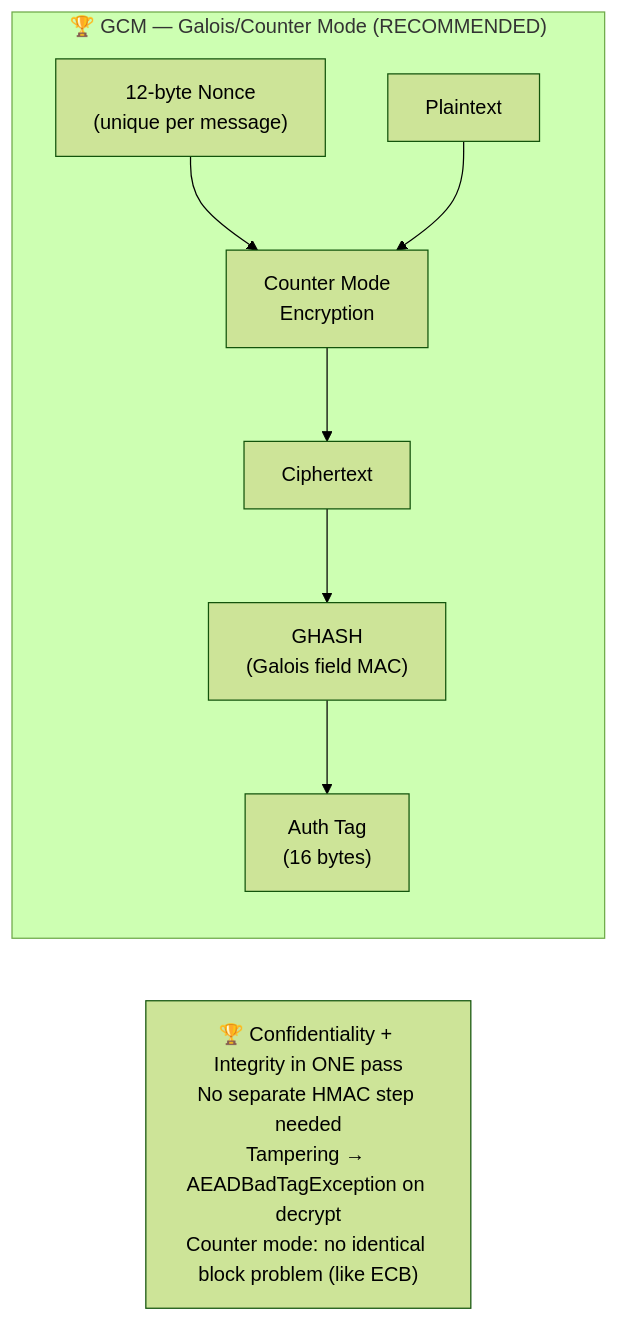
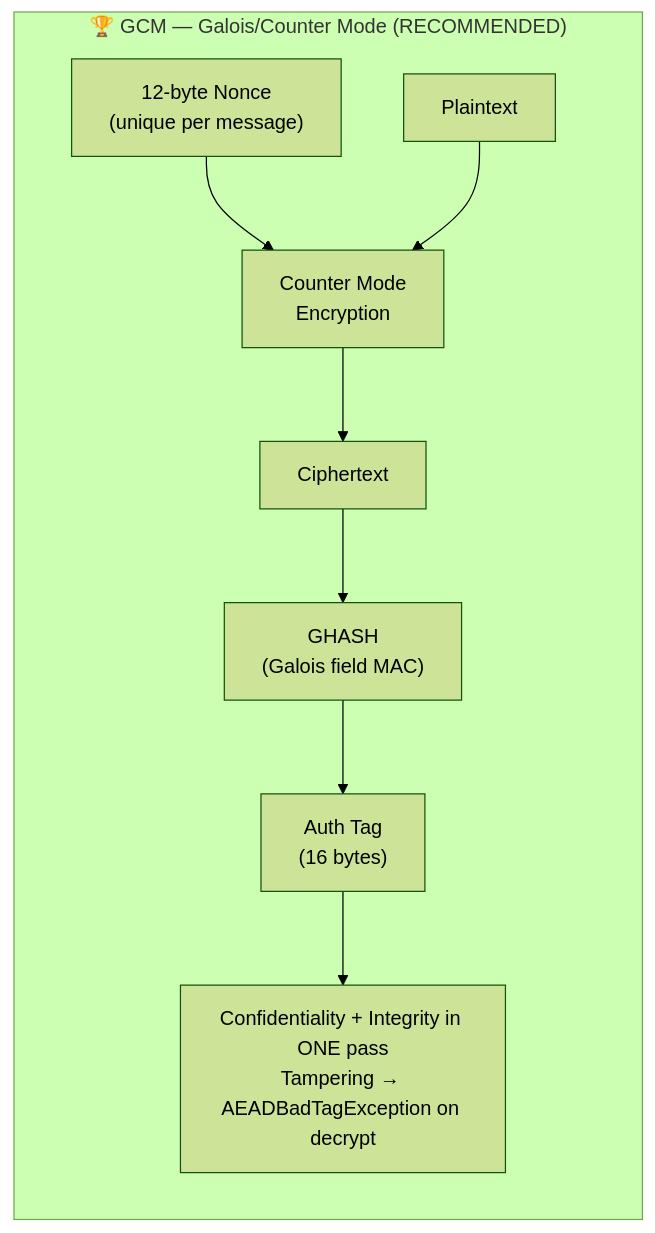
Before and after one commit to csoares/SecurityJava: the third of 4 diagrams in src/main/java/security/encryption/modes/README.md, drawn with Mermaid (forest theme). The commit also changed other lines of this file and 23 other files, not shown here.

Commit message:
Refine README diagrams and descriptions for clarity and accuracy

````diff
--- a/src/main/java/security/encryption/modes/README.md
+++ b/src/main/java/security/encryption/modes/README.md
@@ -43,9 +43,9 @@
 ```mermaid
 flowchart LR
     subgraph GCM ["🏆 GCM — Galois/Counter Mode  (RECOMMENDED)"]
-        NONCE["12-byte Nonce\n(unique per message)"] --> CTR["Counter Mode\nEncryption"]
+        NONCE["12-byte Nonce<br/>(unique per message)"] --> CTR["Counter Mode<br/>Encryption"]
         P7["Plaintext"] --> CTR --> CT7["Ciphertext"]
-        CT7 --> GHASH["GHASH\n(Galois field MAC)"] --> TAG["Auth Tag\n(16 bytes)"]
+        CT7 --> GHASH["GHASH<br/>(Galois field MAC)"] --> TAG["Auth Tag<br/>(16 bytes)"]
+        TAG --> BEST["Confidentiality + Integrity in ONE pass<br/>Tampering → AEADBadTagException on decrypt"]
     end
-    BEST["🏆 Confidentiality + Integrity in ONE pass\nNo separate HMAC step needed\nTampering → AEADBadTagException on decrypt\nCounter mode: no identical block problem (like ECB)"]
 ```
````
